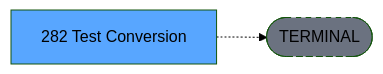
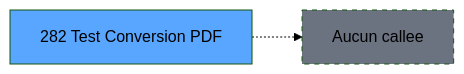
The third of 3 diagrams in .openspec/specs/ADH-IDE-282.md (thonyAGP/magic-migration), drawn with Mermaid (forest theme) before and after one commit. The commit also changed other lines of this file and 493 other files, not shown here.

````diff
--- a/.openspec/specs/ADH-IDE-282.md
+++ b/.openspec/specs/ADH-IDE-282.md
@@ -138,8 +144,8 @@
 ```mermaid
 graph LR
-    T[282 Test Conversion]
-    TERM([TERMINAL])
-    T -.-> TERM
-    style TERM fill:#6b7280,stroke-dasharray: 5 5
-    style T fill:#58a6ff,color:#000
+    T282[282 Test Conversion PDF]
+    style T282 fill:#58a6ff
+    NONE[Aucun callee]
+    T282 -.-> NONE
+    style NONE fill:#6b7280,stroke-dasharray: 5 5
 ```
````
